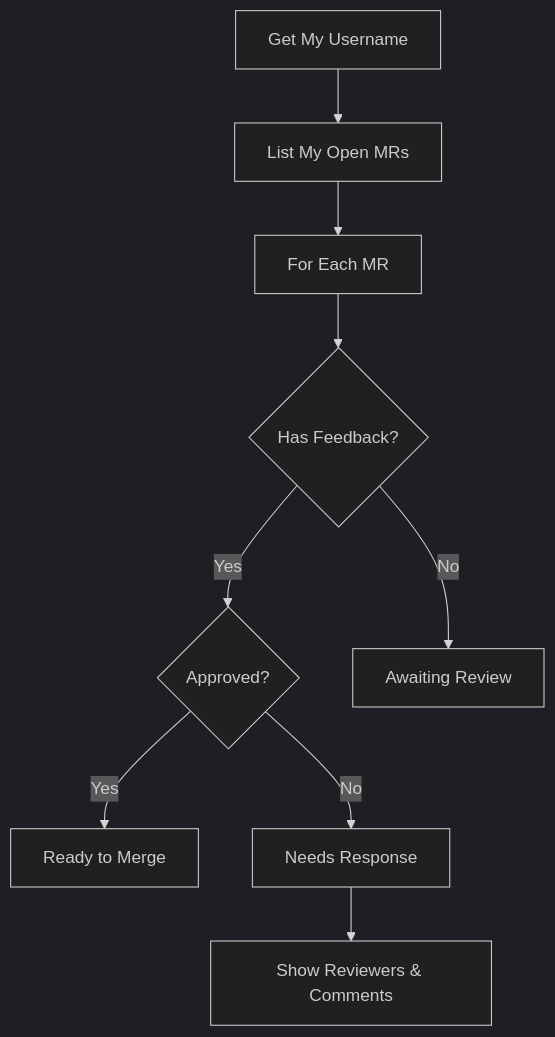
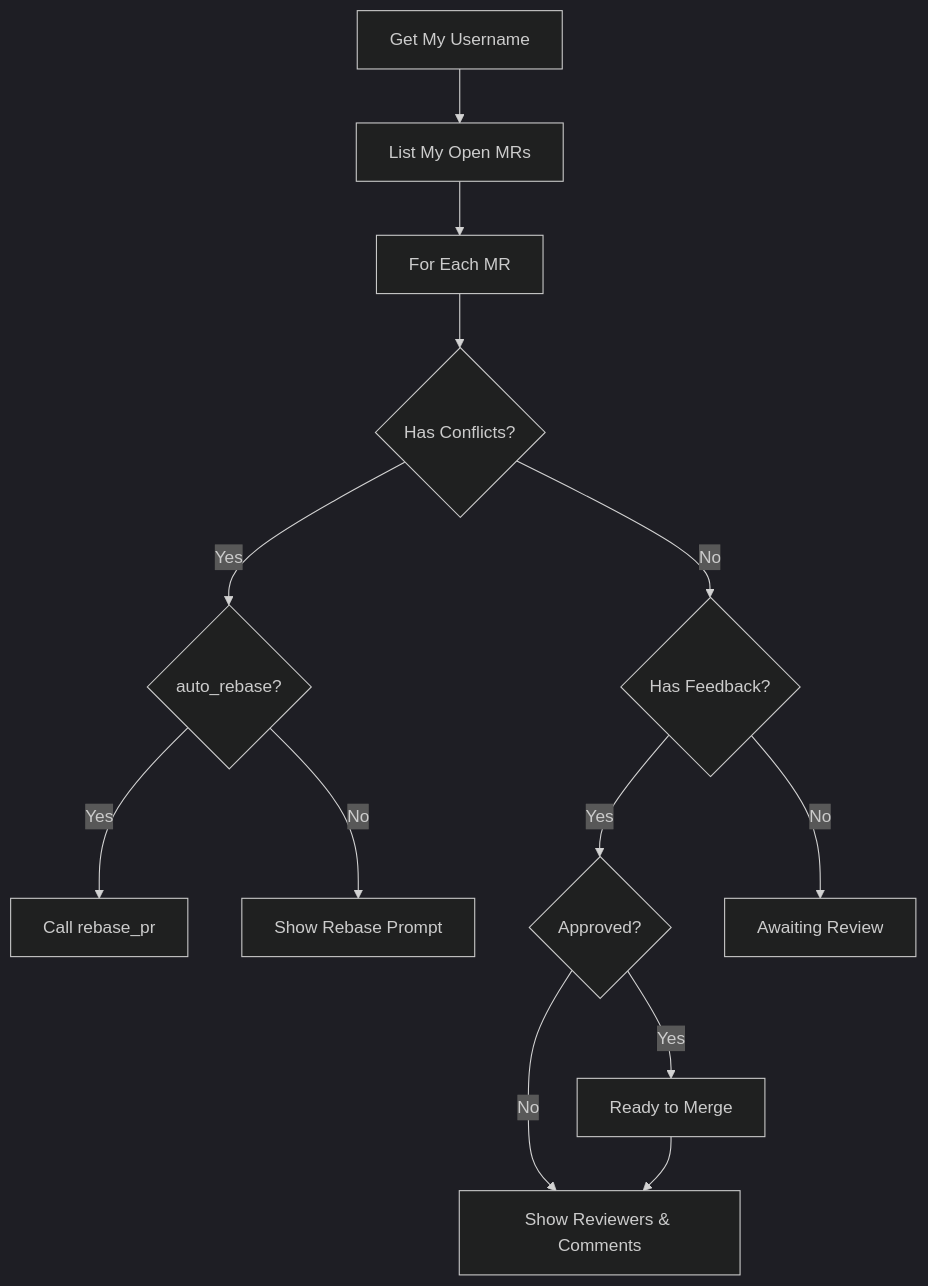
The tenth of 22 diagrams in README.md (dmzoneill/redhat-ai-workflow), drawn with Mermaid (dark theme) before and after one commit. The commit also changed other lines of this file and 2 other files, not shown here.

First line of the commit message:
feat: Integrate rebase_pr into review_all_prs and check_my_prs

````diff
--- a/README.md
+++ b/README.md
@@ -547,11 +562,15 @@
 ```mermaid
 flowchart TD
     A[Get My Username] --> B[List My Open MRs]
     B --> C[For Each MR]
-    C --> D{Has Feedback?}
-    D -->|Yes| E{Approved?}
-    D -->|No| F[Awaiting Review]
-    E -->|Yes| G[Ready to Merge]
-    E -->|No| H[Needs Response]
+    C --> D{Has Conflicts?}
+    D -->|Yes| R{auto_rebase?}
+    R -->|Yes| S[Call rebase_pr]
+    R -->|No| T[Show Rebase Prompt]
+    D -->|No| E{Has Feedback?}
+    E -->|Yes| F{Approved?}
+    E -->|No| G[Awaiting Review]
+    F -->|Yes| H[Ready to Merge]
+    F -->|No| I[Needs Response]
     H --> I[Show Reviewers & Comments]
 ```
````
